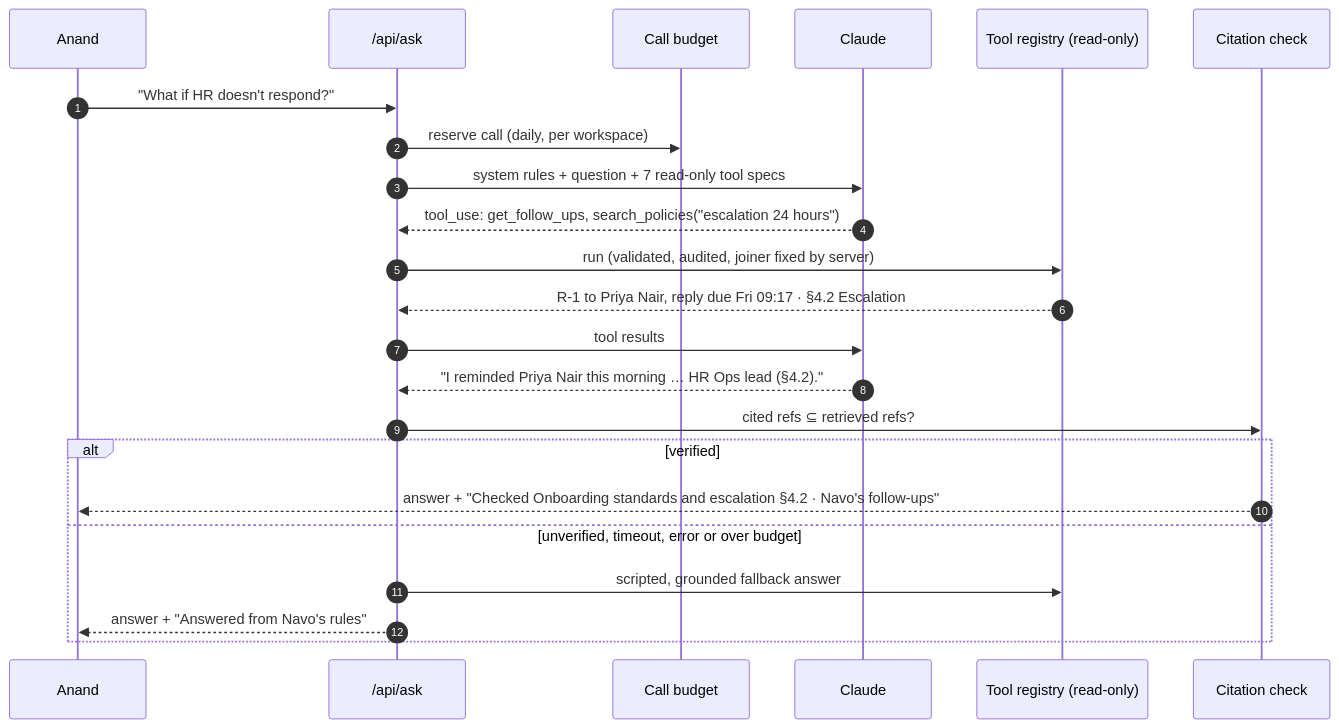
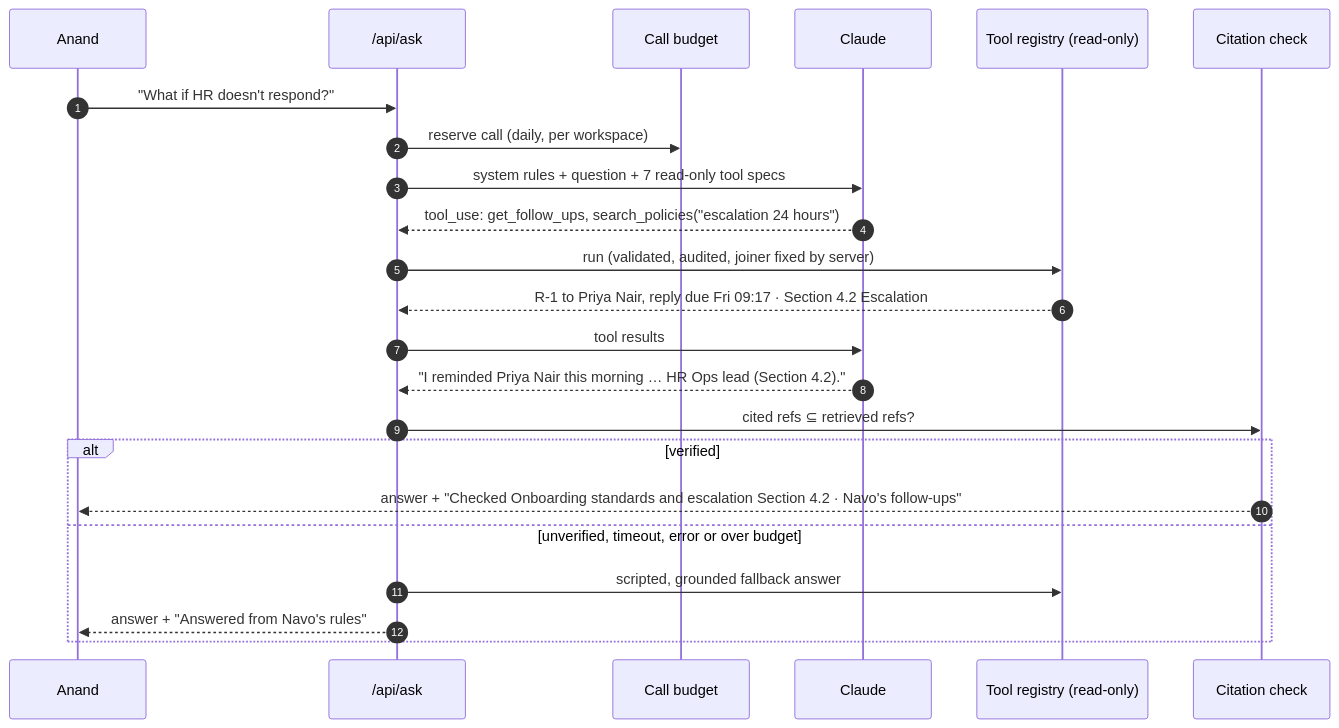
The fifth of 8 diagrams in docs/TECHNICAL_DESIGN.md (KumarAnandSingh/NAVO-Agent-that-handles-Onboarding), drawn with Mermaid before and after one commit. The commit also changed other lines of this file and 38 other files, not shown here.

````diff
--- a/docs/TECHNICAL_DESIGN.md
+++ b/docs/TECHNICAL_DESIGN.md
@@ -383,26 +383,26 @@
 ```mermaid
 sequenceDiagram
   autonumber
   participant Anand
   participant API as /api/ask
   participant Budget as Call budget
   participant Claude
   participant Tools as Tool registry (read-only)
   participant Verify as Citation check
 
   Anand->>API: "What if HR doesn't respond?"
   API->>Budget: reserve call (daily, per workspace)
   API->>Claude: system rules + question + 7 read-only tool specs
   Claude-->>API: tool_use: get_follow_ups, search_policies("escalation 24 hours")
   API->>Tools: run (validated, audited, joiner fixed by server)
-  Tools-->>API: R-1 to Priya Nair, reply due Fri 09:17 · §4.2 Escalation
+  Tools-->>API: R-1 to Priya Nair, reply due Fri 09:17 · Section 4.2 Escalation
   API->>Claude: tool results
-  Claude-->>API: "I reminded Priya Nair this morning … HR Ops lead (§4.2)."
+  Claude-->>API: "I reminded Priya Nair this morning … HR Ops lead (Section 4.2)."
   API->>Verify: cited refs ⊆ retrieved refs?
   alt verified
-    Verify-->>Anand: answer + "Checked Onboarding standards and escalation §4.2 · Navo's follow-ups"
+    Verify-->>Anand: answer + "Checked Onboarding standards and escalation Section 4.2 · Navo's follow-ups"
   else unverified, timeout, error or over budget
     API->>Tools: scripted, grounded fallback answer
     API-->>Anand: answer + "Answered from Navo's rules"
   end
 ```
````
